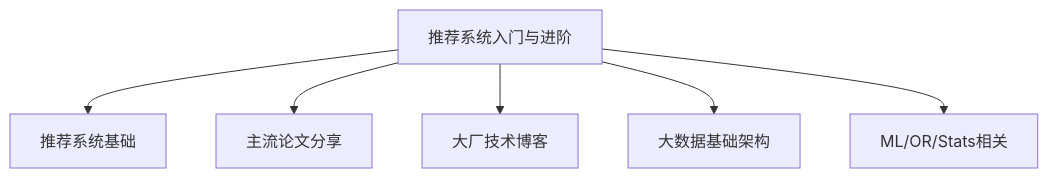
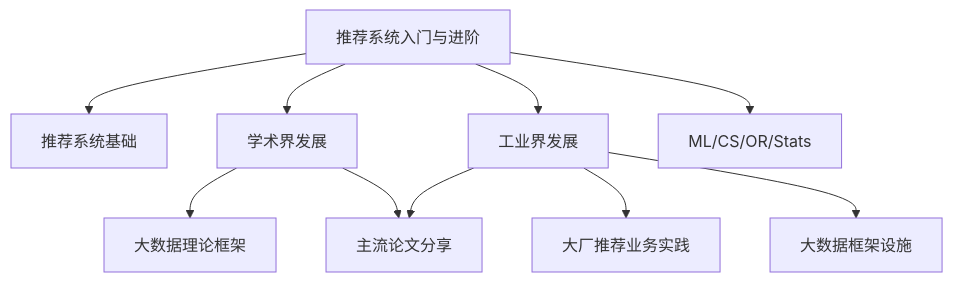
One commit to caizeyuan/RecSysLearningPath changed the diagram in README.md. Above: the diagram before and after it, drawn with Mermaid. The commit also changed other lines of this file and 1 other file, not shown here.

````diff
--- a/README.md
+++ b/README.md
@@ -39,8 +46,12 @@
 ```mermaid
 graph TD
 推荐系统入门与进阶--> 推荐系统基础
-推荐系统入门与进阶--> 主流论文分享
-推荐系统入门与进阶--> 大厂技术博客
-推荐系统入门与进阶--> 大数据基础架构
-推荐系统入门与进阶--> ML/OR/Stats相关
+推荐系统入门与进阶--> 学术界发展
+学术界发展--> 大数据理论框架
+学术界发展--> 主流论文分享
+推荐系统入门与进阶--> 工业界发展
+工业界发展--> 主流论文分享
+工业界发展--> 大厂推荐业务实践
+工业界发展--> 大数据框架设施
+推荐系统入门与进阶--> ML/CS/OR/Stats
 ```
````
